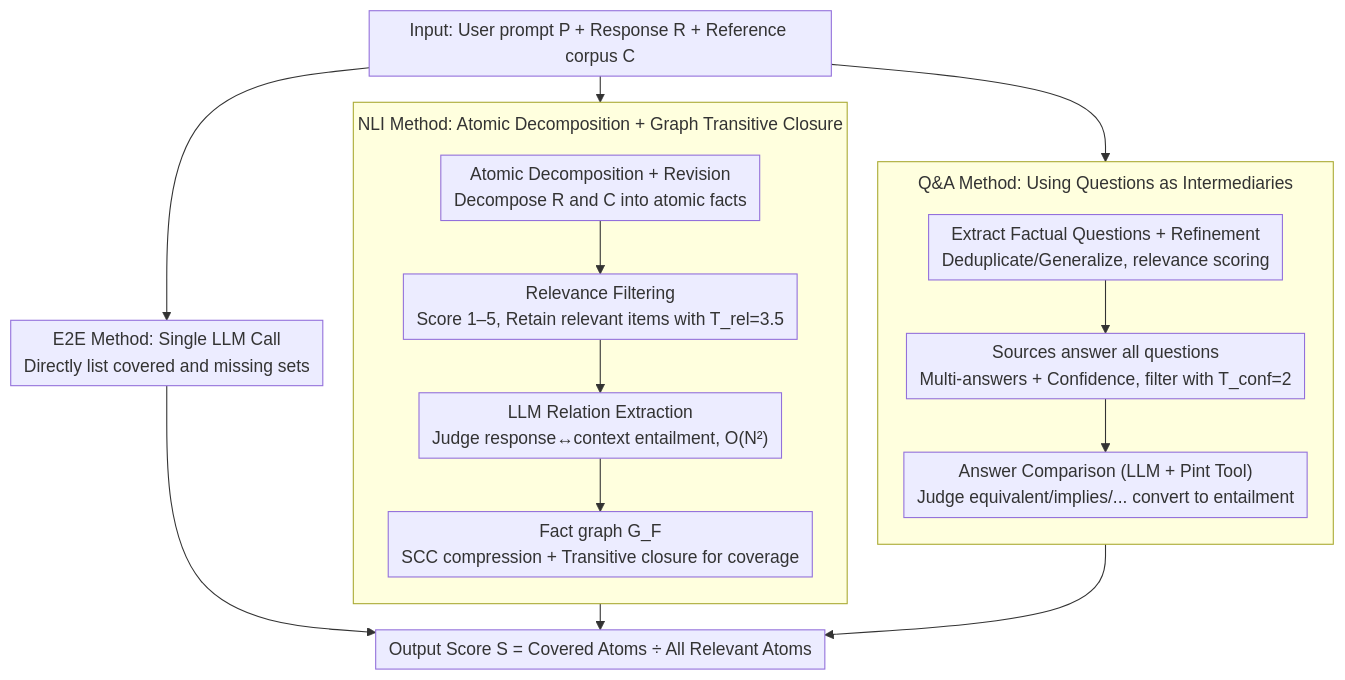
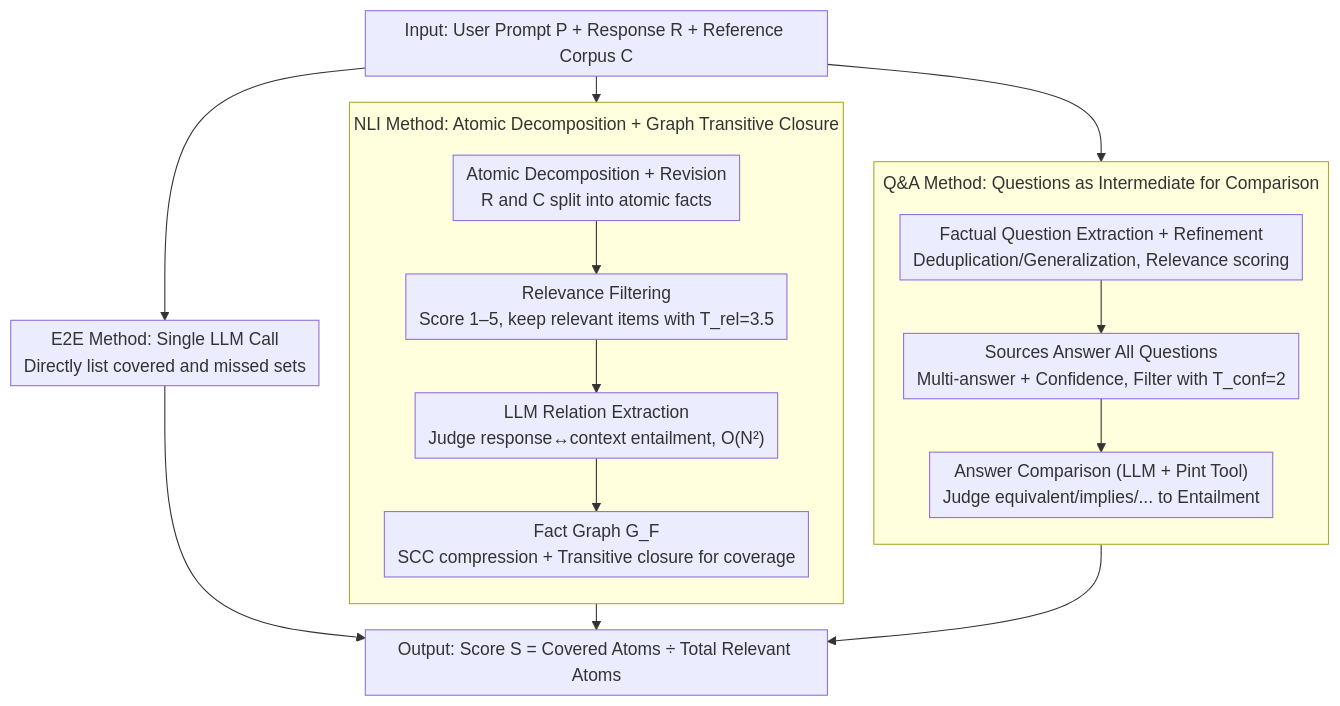
Before and after one commit to zhaoyang97/Paper-Notes-en: the diagram in docs/ACL2026/llm_evaluation/comprehensiveness_metrics_for_automatic_evaluation_of_factual_recall_in_text_gen.md, drawn with Mermaid. The commit also changed other lines of this file and 5084 other files, not shown here.

````diff
--- a/docs/ACL2026/llm_evaluation/comprehensiveness_metrics_for_automatic_evaluation_of_factual_recall_in_text_gen.md
+++ b/docs/ACL2026/llm_evaluation/comprehensiveness_metrics_for_automatic_evaluation_of_factual_recall_in_text_gen.md
@@ -41,23 +41,23 @@
 ```mermaid
 %%{init: {'flowchart': {'rankSpacing': 24, 'nodeSpacing': 28, 'padding': 6, 'wrappingWidth': 400, 'subGraphTitleMargin': {'top': 8, 'bottom': 16}}}}%%
 flowchart TD
-    IN["Input: User prompt P + Response R + Reference corpus C"]
+    IN["Input: User Prompt P + Response R + Reference Corpus C"]
     subgraph NLI["NLI Method: Atomic Decomposition + Graph Transitive Closure"]
         direction TB
-        N1["Atomic Decomposition + Revision<br/>Decompose R and C into atomic facts"] --> N2["Relevance Filtering<br/>Score 1–5, Retain relevant items with T_rel=3.5"]
+        N1["Atomic Decomposition + Revision<br/>R and C split into atomic facts"] --> N2["Relevance Filtering<br/>Score 1–5, keep relevant items with T_rel=3.5"]
         N2 --> N3["LLM Relation Extraction<br/>Judge response↔context entailment, O(N²)"]
-        N3 --> N4["Fact graph G_F<br/>SCC compression + Transitive closure for coverage"]
+        N3 --> N4["Fact Graph G_F<br/>SCC compression + Transitive closure for coverage"]
     end
-    subgraph QA["Q&A Method: Using Questions as Intermediaries"]
+    subgraph QA["Q&A Method: Questions as Intermediate for Comparison"]
         direction TB
-        Q1["Extract Factual Questions + Refinement<br/>Deduplicate/Generalize, relevance scoring"] --> Q2["Sources answer all questions<br/>Multi-answers + Confidence, filter with T_conf=2"]
-        Q2 --> Q3["Answer Comparison (LLM + Pint Tool)<br/>Judge equivalent/implies/... convert to entailment"]
+        Q1["Factual Question Extraction + Refinement<br/>Deduplication/Generalization, Relevance scoring"] --> Q2["Sources Answer All Questions<br/>Multi-answer + Confidence, Filter with T_conf=2"]
+        Q2 --> Q3["Answer Comparison (LLM + Pint Tool)<br/>Judge equivalent/implies/... to Entailment"]
     end
-    E2E["E2E Method: Single LLM Call<br/>Directly list covered and missing sets"]
+    E2E["E2E Method: Single LLM Call<br/>Directly list covered and missed sets"]
     IN --> NLI
     IN --> QA
     IN --> E2E
-    NLI --> OUT["Output Score S = Covered Atoms ÷ All Relevant Atoms"]
+    NLI --> OUT["Output: Score S = Covered Atoms ÷ Total Relevant Atoms"]
     QA --> OUT
     E2E --> OUT
 ```
````
